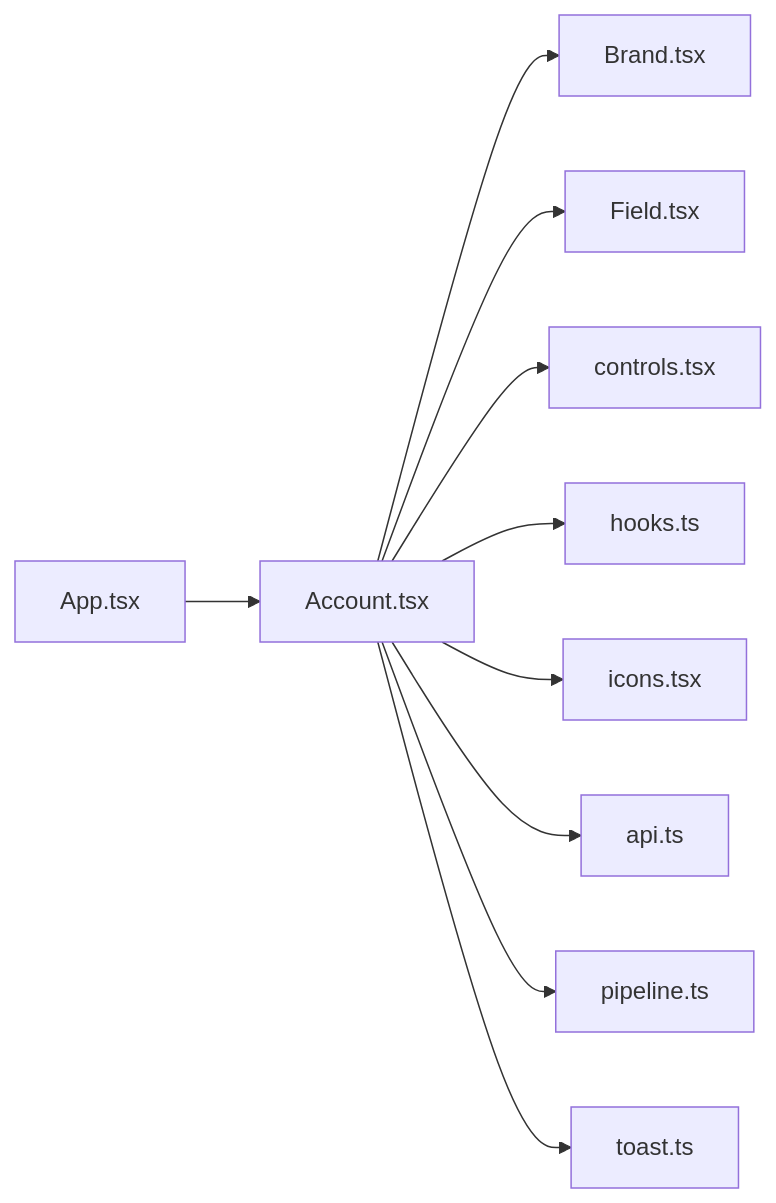
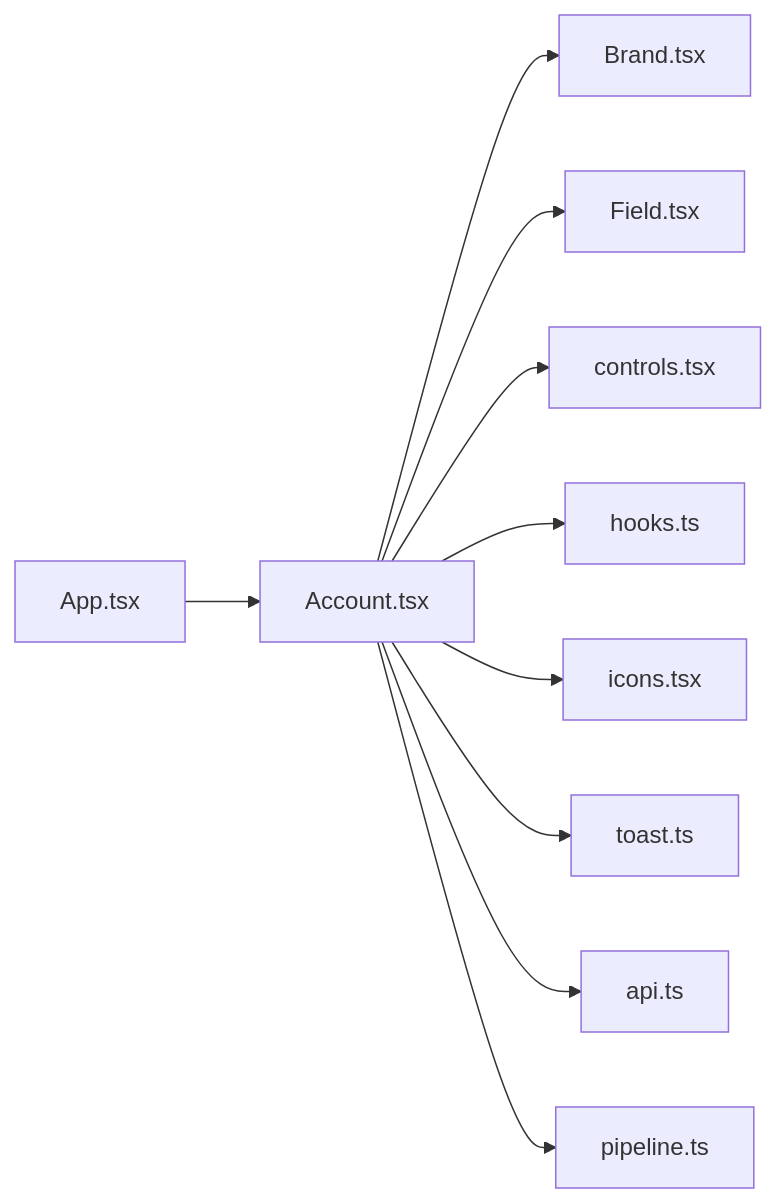
One commit to minkong-dev/Banblit changed the diagram in .cluedoc/graph/frontend/src/routes/Account.md. Above: the diagram before and after it, drawn with Mermaid. The commit also changed other lines of this file and 47 other files, not shown here.

Commit message:
frontend: move toast into components

````diff
--- a/.cluedoc/graph/frontend/src/routes/Account.md
+++ b/.cluedoc/graph/frontend/src/routes/Account.md
@@ -10,13 +10,13 @@
 ```mermaid
 flowchart LR
   frontend_src_routes_Account["Account.tsx"]
   frontend_src_routes_Account --> frontend_src_components_Brand["Brand.tsx"]
   frontend_src_routes_Account --> frontend_src_components_Field["Field.tsx"]
   frontend_src_routes_Account --> frontend_src_components_controls["controls.tsx"]
   frontend_src_routes_Account --> frontend_src_components_hooks["hooks.ts"]
   frontend_src_routes_Account --> frontend_src_components_icons["icons.tsx"]
+  frontend_src_routes_Account --> frontend_src_components_toast["toast.ts"]
   frontend_src_routes_Account --> frontend_src_lib_api["api.ts"]
   frontend_src_routes_Account --> frontend_src_lib_pipeline["pipeline.ts"]
-  frontend_src_routes_Account --> frontend_src_lib_toast["toast.ts"]
   frontend_src_App["App.tsx"] --> frontend_src_routes_Account
 ```
````
